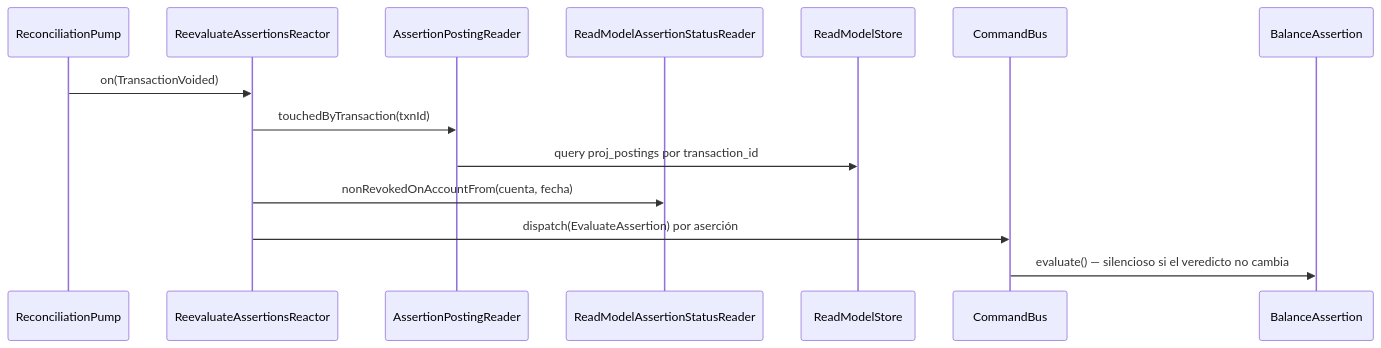
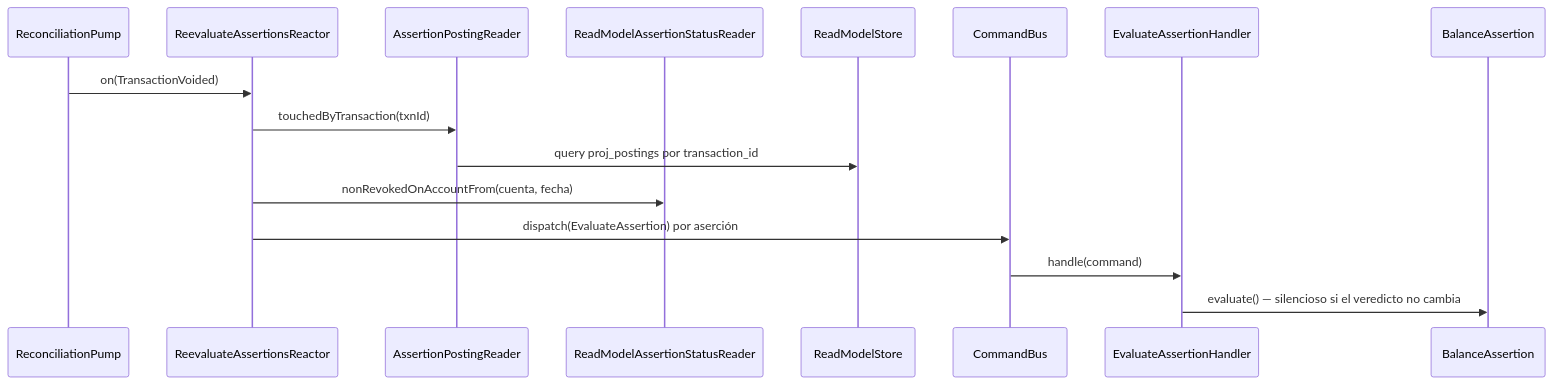
One commit to cristsr/admin-backend changed the diagram in apps/ledger/docs/reconciliation/flows/reevaluate-assertions.md. Above: the diagram before and after it, drawn with Mermaid. The commit also changed 7 other files, not shown here.

First line of the commit message:
docs(ledger): name the query handlers the sequence diagrams skipped

````diff
--- a/apps/ledger/docs/reconciliation/flows/reevaluate-assertions.md
+++ b/apps/ledger/docs/reconciliation/flows/reevaluate-assertions.md
@@ -25,17 +25,19 @@
 ```mermaid
 sequenceDiagram
   participant P as ReconciliationPump
   participant R as ReevaluateAssertionsReactor
   participant PR as AssertionPostingReader
   participant SR as ReadModelAssertionStatusReader
   participant RM as ReadModelStore
   participant CB as CommandBus
+  participant EH as EvaluateAssertionHandler
   participant A as BalanceAssertion
 
   P->>R: on(TransactionVoided)
   R->>PR: touchedByTransaction(txnId)
   PR->>RM: query proj_postings por transaction_id
   R->>SR: nonRevokedOnAccountFrom(cuenta, fecha)
   R->>CB: dispatch(EvaluateAssertion) por aserción
-  CB->>A: evaluate() — silencioso si el veredicto no cambia
+  CB->>EH: handle(command)
+  EH->>A: evaluate() — silencioso si el veredicto no cambia
 ```
````
